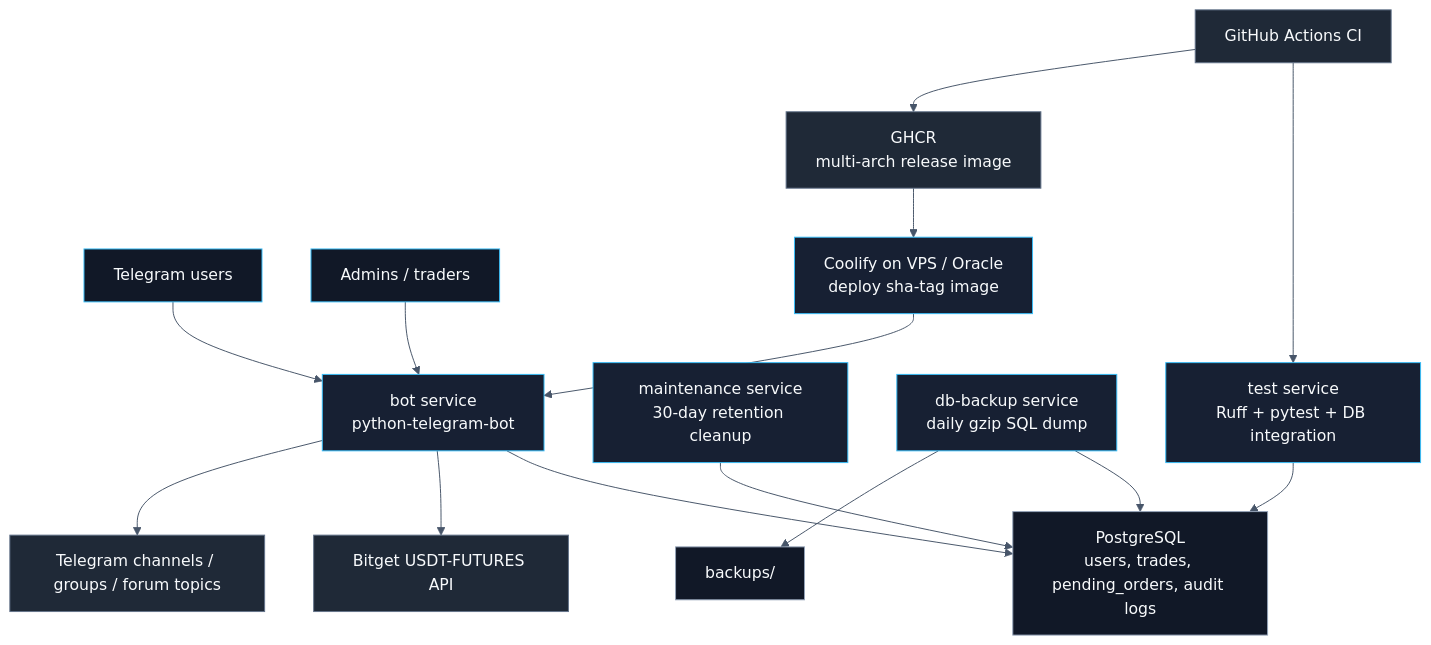
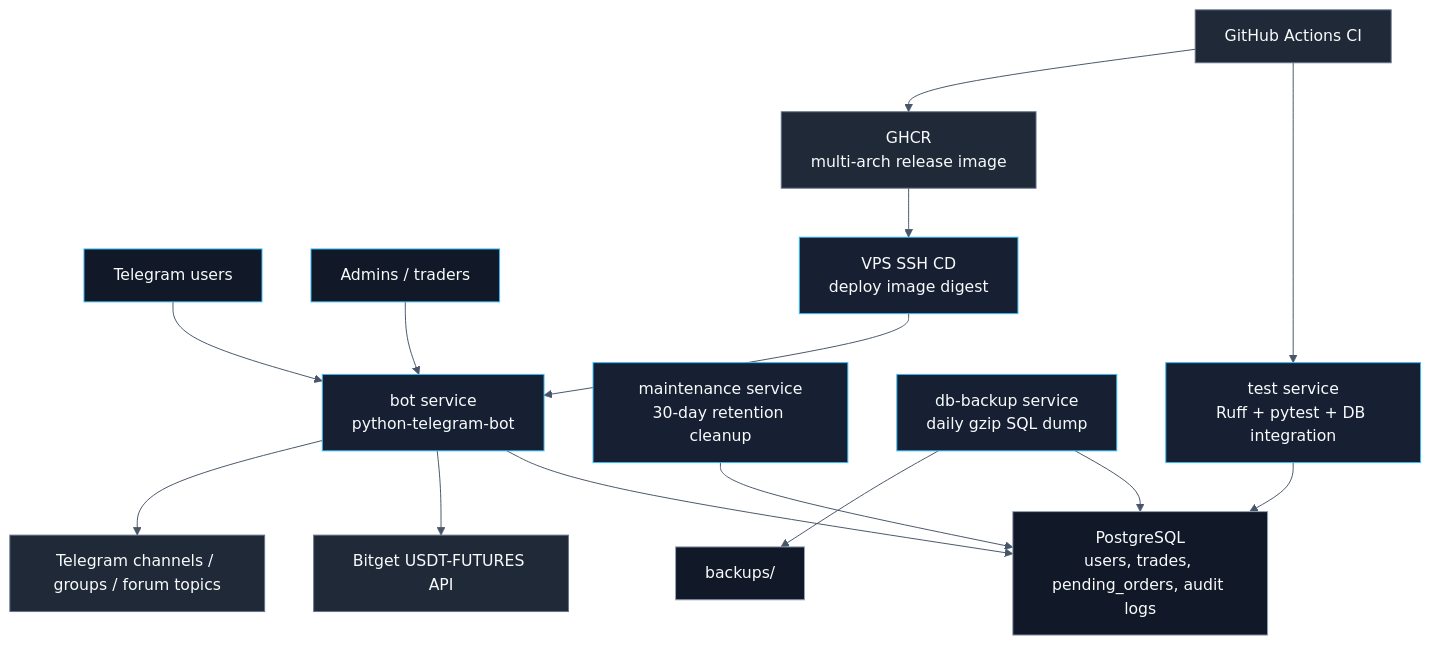
The first of 2 diagrams in readme.md (kaiyn-capital/kaiyn-trading-bot), drawn with Mermaid before and after one commit. The commit also changed other lines of this file and 9 other files, not shown here.

Commit message:
Revert production CD to SSH deploy

````diff
--- a/readme.md
+++ b/readme.md
@@ -33,32 +36,32 @@
 ```mermaid
 %%{init: {"theme":"base","themeVariables":{"background":"transparent","primaryColor":"#111827","primaryBorderColor":"#38bdf8","primaryTextColor":"#f8fafc","secondaryColor":"#1f2937","secondaryBorderColor":"#64748b","secondaryTextColor":"#f8fafc","tertiaryColor":"#0f172a","tertiaryBorderColor":"#475569","tertiaryTextColor":"#f8fafc","lineColor":"#475569","fontFamily":"Inter, ui-sans-serif, system-ui, sans-serif"}}}%%
 flowchart TD
     users["Telegram users"] --> bot["bot service<br/>python-telegram-bot"]
     admins["Admins / traders"] --> bot
 
     bot --> db["PostgreSQL<br/>users, trades, pending_orders, audit logs"]
     bot --> bitget["Bitget USDT-FUTURES API"]
     bot --> channels["Telegram channels / groups / forum topics"]
 
     maintenance["maintenance service<br/>30-day retention cleanup"] --> db
     backup["db-backup service<br/>daily gzip SQL dump"] --> db
     backup --> files["backups/"]
 
     ci["GitHub Actions CI"] --> test["test service<br/>Ruff + pytest + DB integration"]
     test --> db
     ci --> ghcr["GHCR<br/>multi-arch release image"]
-    ghcr --> deploy["Coolify on VPS / Oracle<br/>deploy sha-tag image"]
+    ghcr --> deploy["VPS SSH CD<br/>deploy image digest"]
     deploy --> bot
 
     classDef actor fill:#111827,stroke:#38bdf8,color:#f8fafc;
     classDef runtime fill:#0f172a,stroke:#60a5fa,color:#f8fafc;
     classDef storage fill:#111827,stroke:#94a3b8,color:#f8fafc;
     classDef external fill:#1f2937,stroke:#64748b,color:#f8fafc;
     classDef ops fill:#172033,stroke:#38bdf8,color:#f8fafc;
 
     class users,admins actor;
     class bot,maintenance,backup,test ops;
     class db,files storage;
     class bitget,channels,ci,ghcr external;
     class deploy ops;
 ```
````
